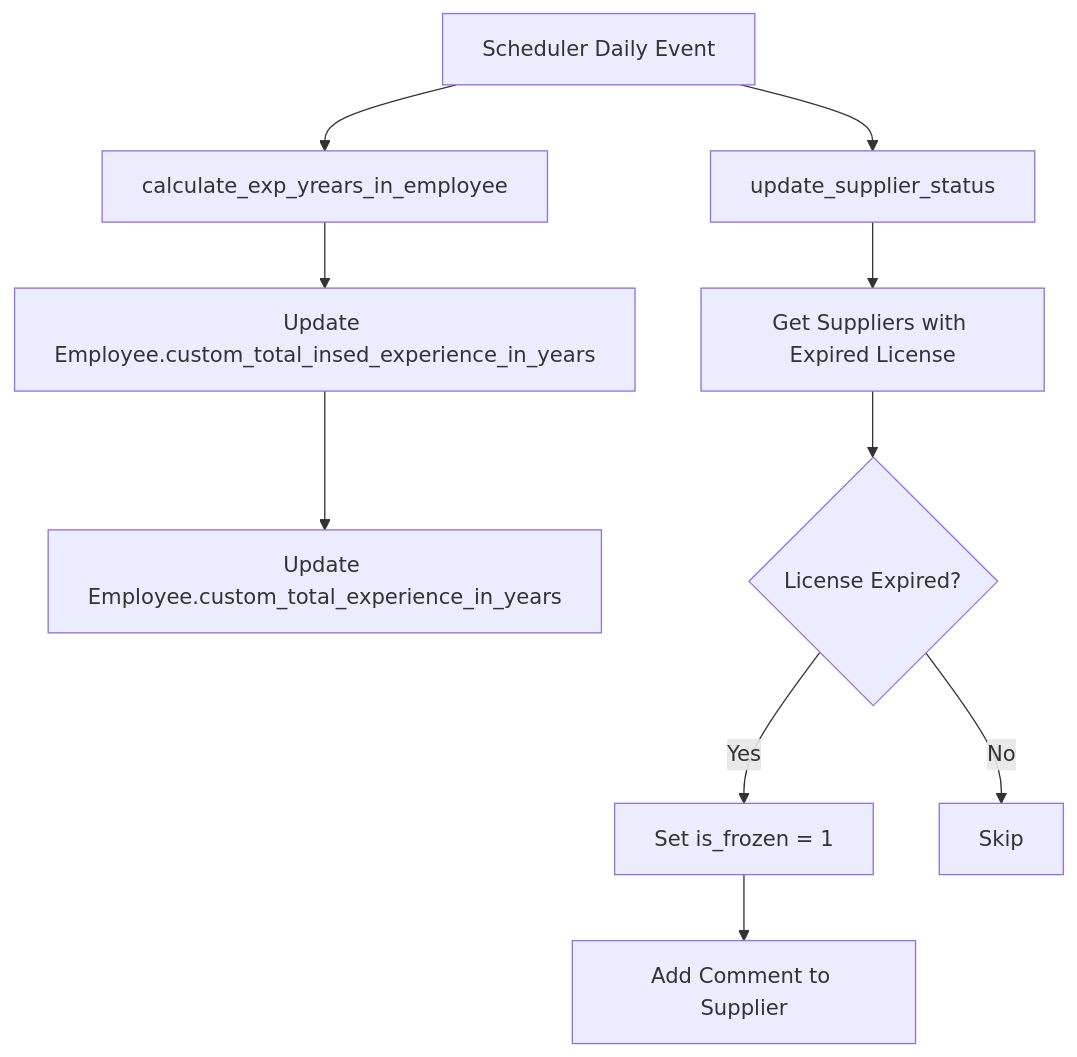
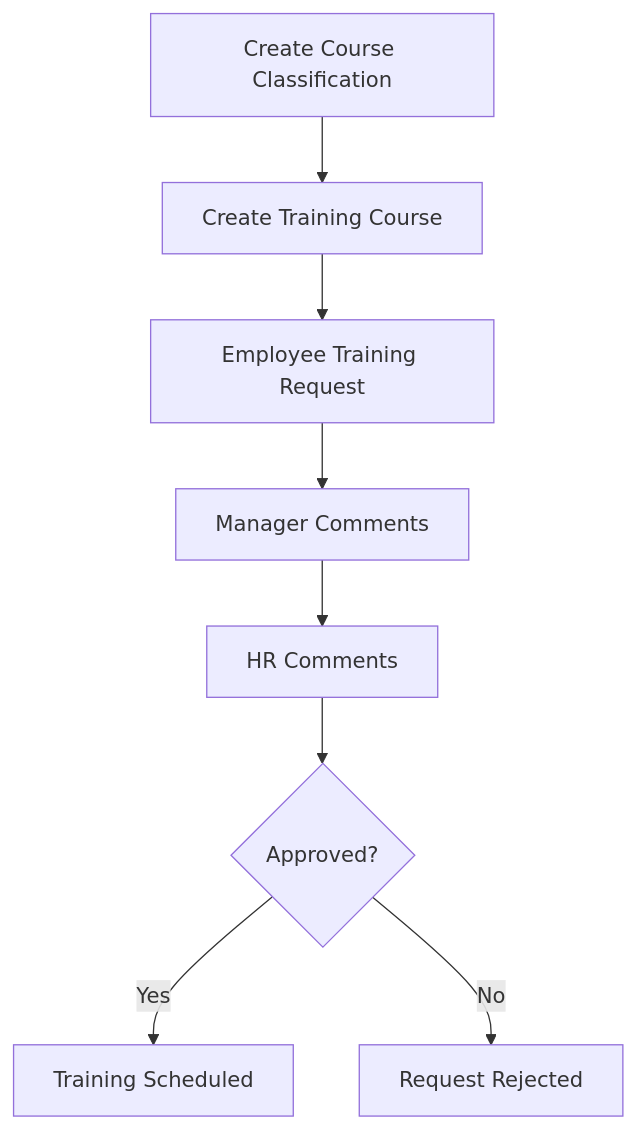
One commit to abdopcnet/tatweer_hr_advance changed the fifth of 6 diagrams in app_workflow.md. Above: the diagram before and after it, drawn with Mermaid. The commit also changed other lines of this file, not shown here.

````diff
--- a/app_workflow.md
+++ b/app_workflow.md
@@ -84,12 +64,10 @@
 ```mermaid
 flowchart TD
-    A[Scheduler Daily Event] --> B[calculate_exp_yrears_in_employee]
-    A --> C[update_supplier_status]
-    B --> D[Update Employee.custom_total_insed_experience_in_years]
-    D --> E[Update Employee.custom_total_experience_in_years]
-    C --> F[Get Suppliers with Expired License]
-    F --> G{License Expired?}
-    G -->|Yes| H[Set is_frozen = 1]
-    G -->|No| I[Skip]
-    H --> J[Add Comment to Supplier]
+    A[Create Course Classification] --> B[Create Training Course]
+    B --> C[Employee Training Request]
+    C --> D[Manager Comments]
+    D --> E[HR Comments]
+    E --> F{Approved?}
+    F -->|Yes| G[Training Scheduled]
+    F -->|No| H[Request Rejected]
 ```
````
